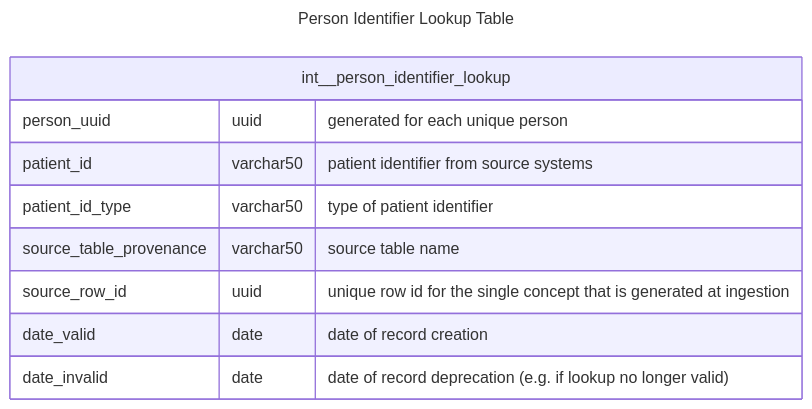
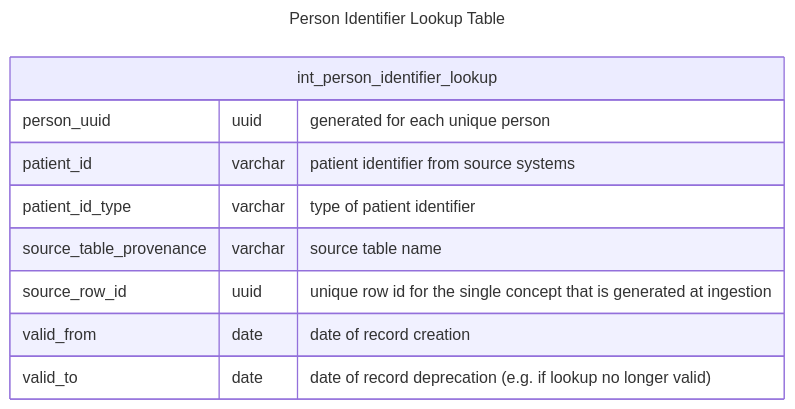
Before and after one commit to d3london/sde_aic_external_docs: the first of 5 diagrams in src/pages/data_model/cdm_person.qmd, drawn with Mermaid.

````diff
--- a/src/pages/data_model/cdm_person.qmd
+++ b/src/pages/data_model/cdm_person.qmd
@@ -25,15 +25,15 @@
 ```{mermaid}
 ---
 title: Person Identifier Lookup Table
 ---
 erDiagram
-    int__person_identifier_lookup {
+    int_person_identifier_lookup {
         person_uuid uuid "generated for each unique person"
-        patient_id varchar50 "patient identifier from source systems"
-        patient_id_type varchar50 "type of patient identifier"
-        source_table_provenance varchar50 "source table name"
+        patient_id varchar "patient identifier from source systems"
+        patient_id_type varchar "type of patient identifier"
+        source_table_provenance varchar "source table name"
         source_row_id uuid "unique row id for the single concept that is generated at ingestion"
-        date_valid date "date of record creation"
-        date_invalid date "date of record deprecation (e.g. if lookup no longer valid)"
+        valid_from date "date of record creation"
+        valid_to date "date of record deprecation (e.g. if lookup no longer valid)"
     }
 ```
````
